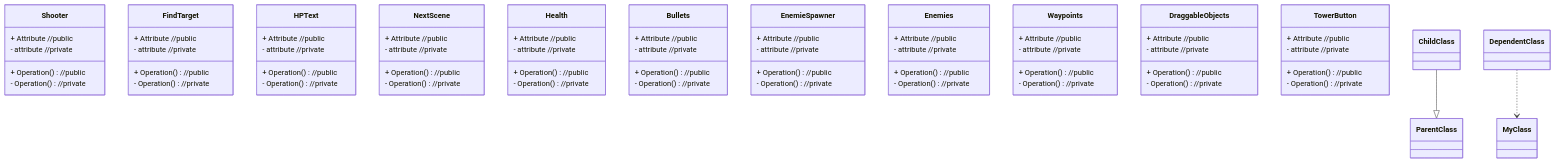
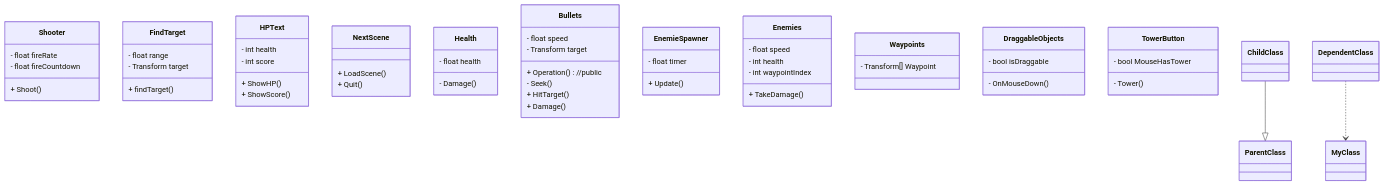
Before and after one commit to Anthony-de-Hoog/BO-Tower-Defence: the diagram in ClassDiagramTD.md, drawn with Mermaid. The commit also changed 1 other file, not shown here.

Commit message:
kleine update

```diff
--- a/ClassDiagramTD.md
+++ b/ClassDiagramTD.md
@@ -6,80 +6,68 @@
 classDiagram
 
 class Shooter{
-    + Attribute     //public
-    - attribute     //private
-    + Operation()   //public
-    - Operation()   //private
+    - float fireRate
+    - float fireCountdown
+    + Shoot()
+
 }
 
 class FindTarget{
-    + Attribute     //public
-    - attribute     //private
-    + Operation()   //public
-    - Operation()   //private
+    - float range
+    - Transform target
+    + findTarget()
 }
 
 class HPText{
-    + Attribute     //public
-    - attribute     //private
-    + Operation()   //public
-    - Operation()   //private
+    - int health
+    - int score
+    + ShowHP()
+    + ShowScore()
 }
 
 class NextScene{
-    + Attribute     //public
-    - attribute     //private
-    + Operation()   //public
-    - Operation()   //private
+    + LoadScene()
+    + Quit()
 }
 
 class Health{
-    + Attribute     //public
-    - attribute     //private
-    + Operation()   //public
-    - Operation()   //private
+    - float health
+    - Damage()
 }
 
 class Bullets{
-    + Attribute     //public
-    - attribute     //private
+    - float speed
+    - Transform target
     + Operation()   //public
-    - Operation()   //private
+    - Seek()
+    + HitTarget()
+    + Damage()
 }
 
 class EnemieSpawner{
-    + Attribute     //public
-    - attribute     //private
-    + Operation()   //public
-    - Operation()   //private
+    - float timer
+    + Update()
 }
 
 class Enemies{
-    + Attribute     //public
-    - attribute     //private
-    + Operation()   //public
-    - Operation()   //private
+    - float speed
+    - int health
+    - int waypointIndex
+    + TakeDamage()
 }
 
 class Waypoints{
-    + Attribute     //public
-    - attribute     //private
-    + Operation()   //public
-    - Operation()   //private
+    - Transform[] Waypoint   
 }
 
 class DraggableObjects{
-    + Attribute     //public
-    - attribute     //private
-    + Operation()   //public
-    - Operation()   //private
+    - bool isDraggable
+    - OnMouseDown()
 }
 
 class TowerButton{
-    + Attribute     //public
-    - attribute     //private
-    + Operation()   //public
-    - Operation()   //private
+    - bool MouseHasTower
+    - Tower()
 }
 
 ChildClass --|> ParentClass
```
